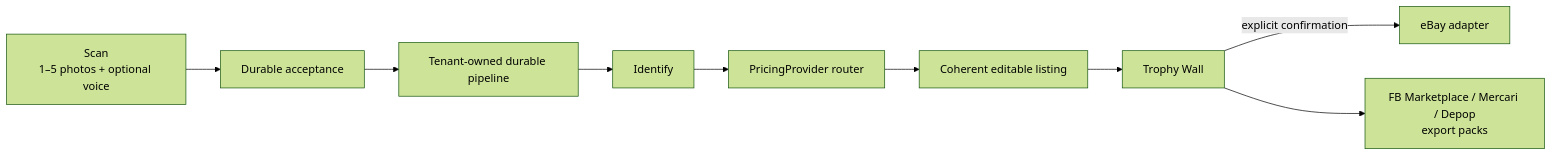
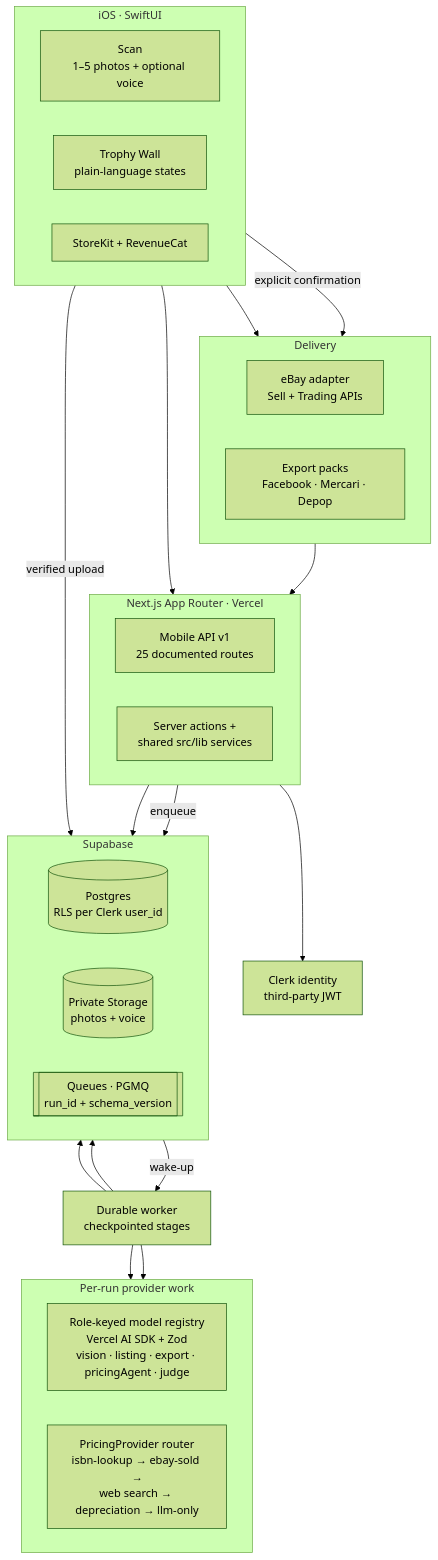
One commit to azizu06/snaplist changed the first of 2 diagrams in README.md. Above: the diagram before and after it, drawn with Mermaid (forest theme). The commit also changed other lines of this file and 2 other files, not shown here.

````diff
--- a/README.md
+++ b/README.md
@@ -44,11 +54,52 @@
 ```mermaid
-flowchart LR
-    Scan["Scan<br/>1–5 photos + optional voice"] --> Accept["Durable acceptance"]
-    Accept --> Pipeline["Tenant-owned durable pipeline"]
-    Pipeline --> Identify["Identify"]
-    Identify --> Price["PricingProvider router"]
-    Price --> Draft["Coherent editable listing"]
-    Draft --> Wall["Trophy Wall"]
-    Wall -->|"explicit confirmation"| Ebay["eBay adapter"]
-    Wall --> Packs["FB Marketplace / Mercari / Depop<br/>export packs"]
+flowchart TB
+    subgraph client["iOS · SwiftUI"]
+        direction LR
+        Scan["Scan<br/>1–5 photos + optional voice"]
+        Wall["Trophy Wall<br/>plain-language states"]
+        SK["StoreKit + RevenueCat"]
+    end
+
+    subgraph api["Next.js App Router · Vercel"]
+        direction LR
+        Mobile["Mobile API v1<br/>25 documented routes"]
+        Actions["Server actions +<br/>shared src/lib services"]
+    end
+
+    Clerk["Clerk identity<br/>third-party JWT"]
+
+    subgraph data["Supabase"]
+        direction LR
+        PG[("Postgres<br/>RLS per Clerk user_id")]
+        Store[("Private Storage<br/>photos + voice")]
+        Q[["Queues · PGMQ<br/>run_id + schema_version"]]
+    end
+
+    Worker["Durable worker<br/>checkpointed stages"]
+
+    subgraph work["Per-run provider work"]
+        direction LR
+        LLM["Role-keyed model registry<br/>Vercel AI SDK + Zod<br/>vision · listing · export · pricingAgent · judge"]
+        Router["PricingProvider router<br/>isbn-lookup → ebay-sold →<br/>web search → depreciation → llm-only"]
+    end
+
+    subgraph out["Delivery"]
+        direction LR
+        Ebay["eBay adapter<br/>Sell + Trading APIs"]
+        Packs["Export packs<br/>Facebook · Mercari · Depop"]
+    end
+
+    client --> api
+    Scan -- "verified upload" --> Store
+    api --> Clerk
+    api --> PG
+    Mobile -- "enqueue" --> Q
+    Q -- "wake-up" --> Worker
+    Worker --> PG
+    Worker --> Store
+    Worker --> LLM
+    Worker --> Router
+    Wall -- "explicit confirmation" --> Ebay
+    Wall --> Packs
+    Ebay --> api
 ```
````
